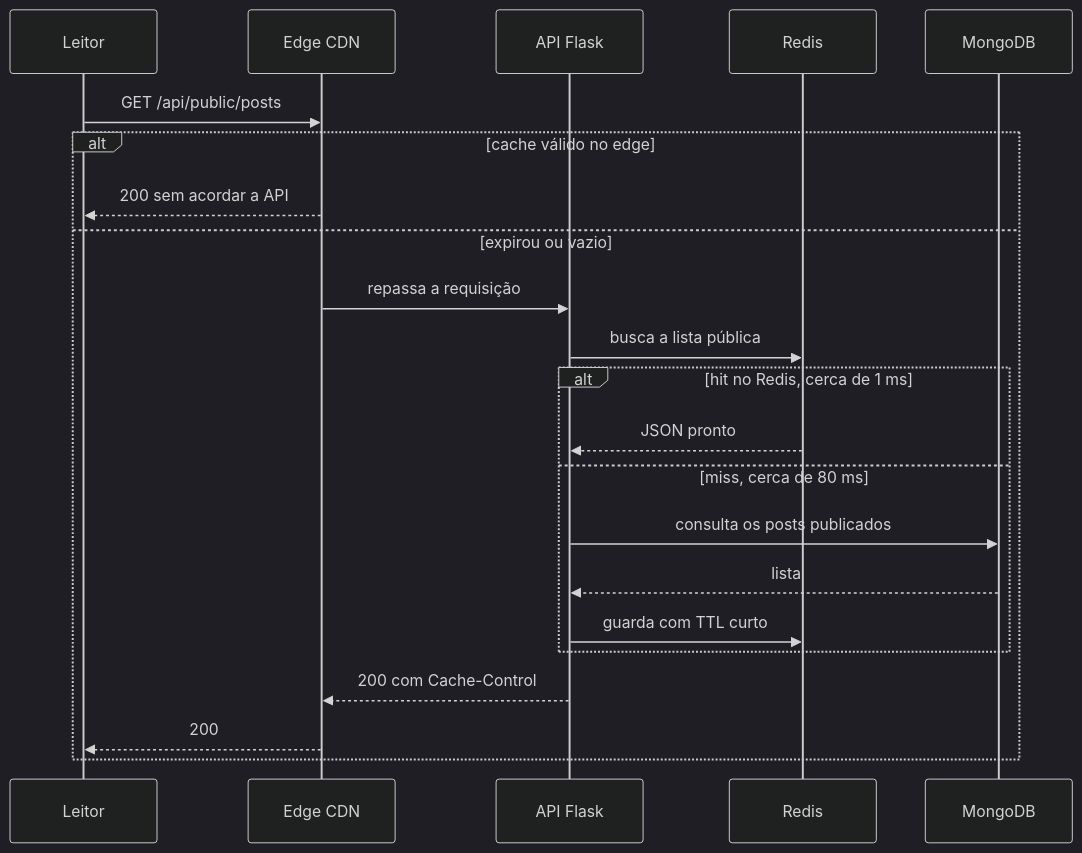
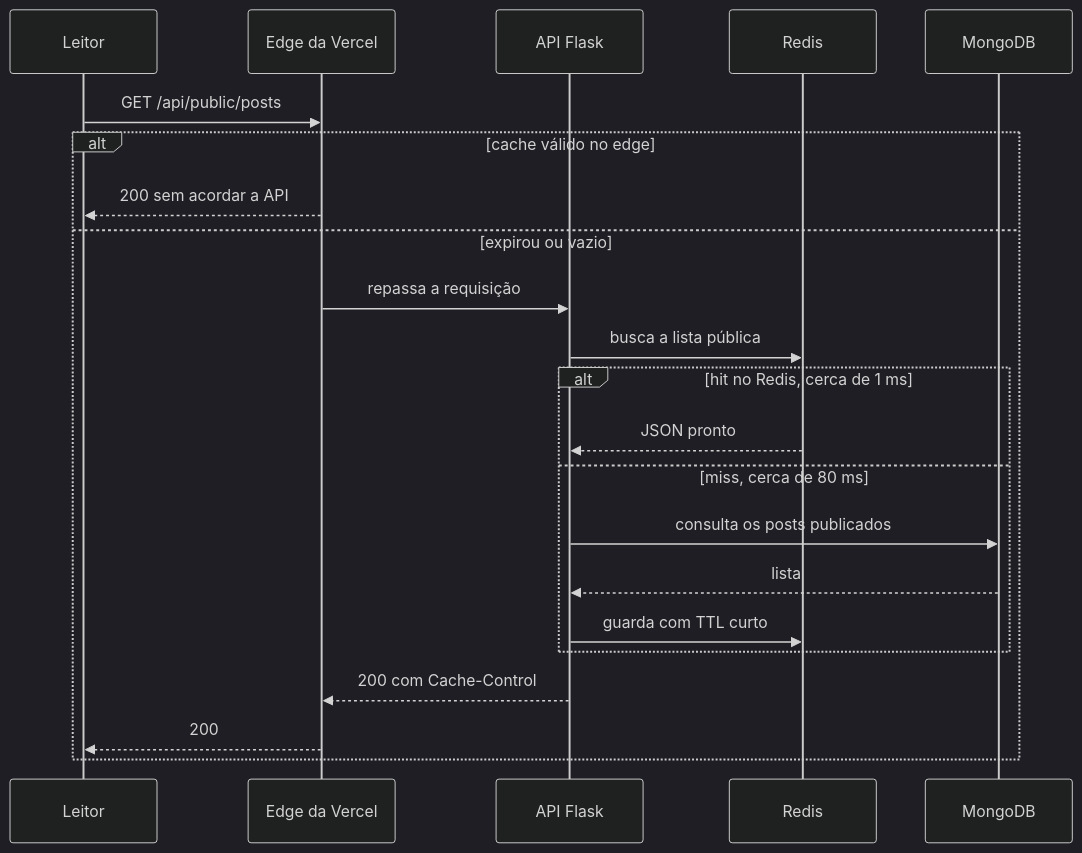
Before and after one commit to rouri404/cotoo.dev: the fourth of 8 diagrams in blog/oedla-plataforma-editorial.md, drawn with Mermaid (dark theme). The commit also changed other lines of this file and 12 other files, not shown here.

Commit message:
feat: revise the OEDLA post and align its home card with the Vercel edge

````diff
--- a/blog/oedla-plataforma-editorial.md
+++ b/blog/oedla-plataforma-editorial.md
@@ -137,25 +133,25 @@
 ```mermaid
 %% title: Cache em cascata
 sequenceDiagram
     participant L as Leitor
-    participant E as Edge CDN
+    participant E as Edge da Vercel
     participant A as API Flask
     participant R as Redis
     participant M as MongoDB
     L->>E: GET /api/public/posts
     alt cache válido no edge
         E-->>L: 200 sem acordar a API
     else expirou ou vazio
         E->>A: repassa a requisição
         A->>R: busca a lista pública
         alt hit no Redis, cerca de 1 ms
             R-->>A: JSON pronto
         else miss, cerca de 80 ms
             A->>M: consulta os posts publicados
             M-->>A: lista
             A->>R: guarda com TTL curto
         end
         A-->>E: 200 com Cache-Control
         E-->>L: 200
     end
 ```
````
